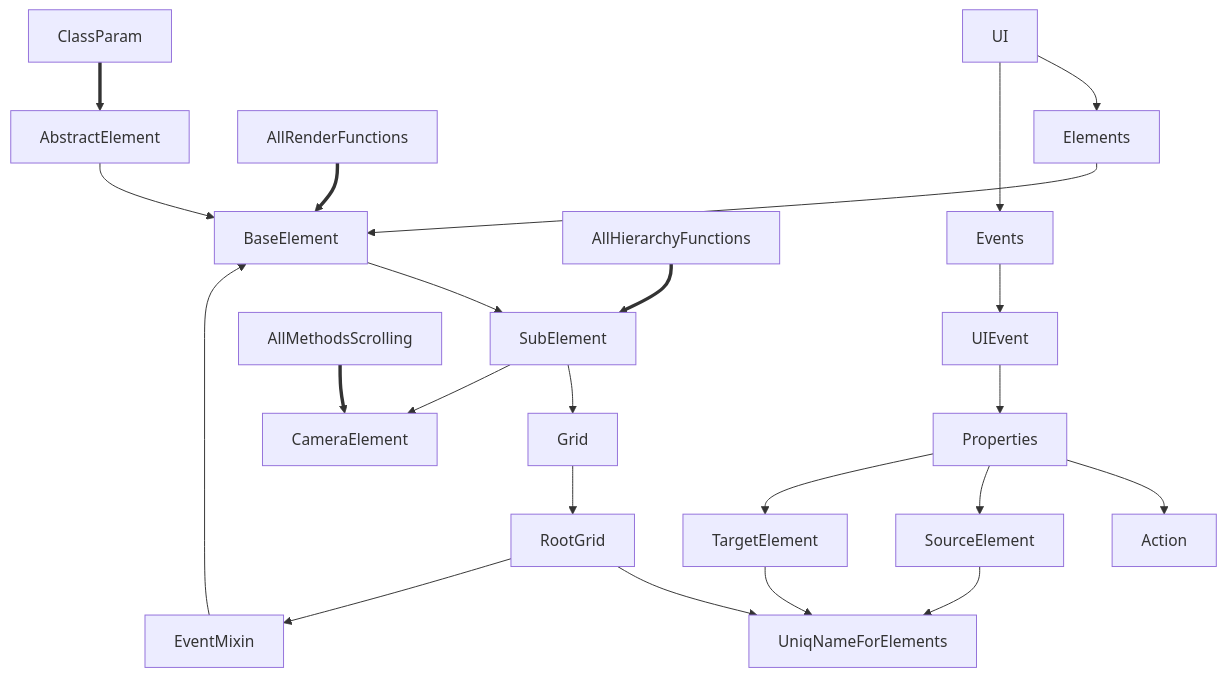
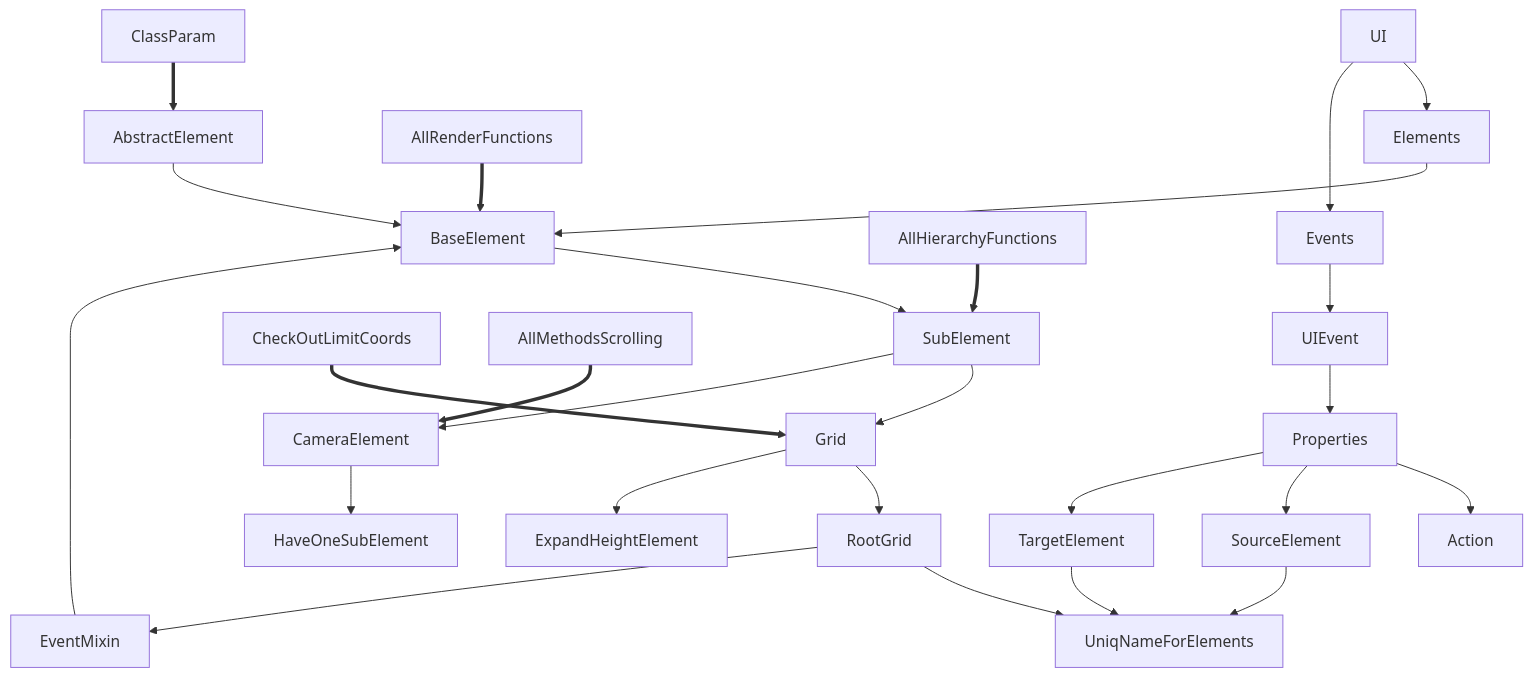
The first of 2 diagrams in README.md (ellementul/UIGameGrid), drawn with Mermaid before and after one commit. The commit also changed other lines of this file and 3 other files, not shown here.

````diff
--- a/README.md
+++ b/README.md
@@ -47,17 +47,19 @@
 ```mermaid
   flowchart TD
       UI --> Elements
       Elements --> BaseElement --> SubElement 
       SubElement --> Grid --> RootGrid --> UniqNameForElements
       SubElement --> CameraElement
+      Grid --> ExpandHeightElement
       AllRenderFunctions ==> BaseElement
       ClassParam ==> AbstractElement --> BaseElement
       AllHierarchyFunctions ==> SubElement
-      AllMethodsScrolling ==> CameraElement
+      CheckOutLimitCoords ==> Grid
+      AllMethodsScrolling ==> CameraElement --> HaveOneSubElement
       UI --> Events --> UIEvent
       RootGrid --> EventMixin --> BaseElement
       UIEvent --> Properties
       Properties --> Action
       Properties --> SourceElement --> UniqNameForElements
       Properties --> TargetElement --> UniqNameForElements
 ```
````
